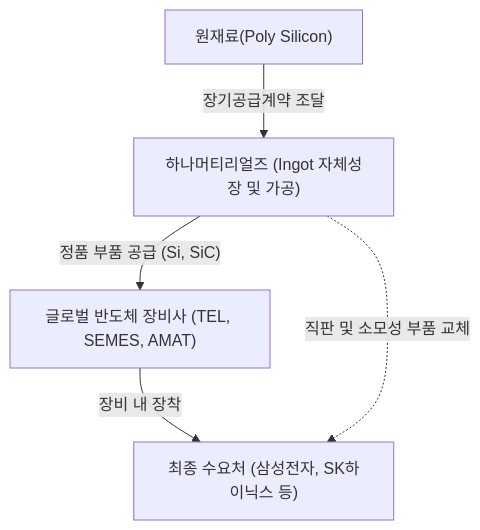
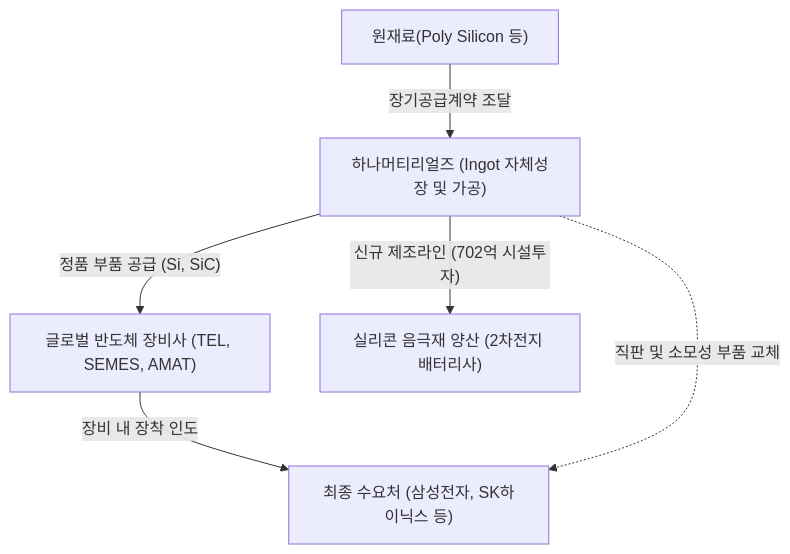
One commit to eve830521-cmd/my-skill changed the diagram in Stock_Research/하나머티리얼즈/3_Final_Reports/Phase1_Report.md. Above: the diagram before and after it, drawn with Mermaid. The commit also changed other lines of this file and 63 other files, not shown here.

````diff
--- a/Stock_Research/하나머티리얼즈/3_Final_Reports/Phase1_Report.md
+++ b/Stock_Research/하나머티리얼즈/3_Final_Reports/Phase1_Report.md
@@ -11,7 +12,8 @@
 ```mermaid
 graph TD
-    A["원재료(Poly Silicon)"] -->|"장기공급계약 조달"| B["하나머티리얼즈 (Ingot 자체성장 및 가공)"]
+    A["원재료(Poly Silicon 등)"] -->|"장기공급계약 조달"| B["하나머티리얼즈 (Ingot 자체성장 및 가공)"]
     B -->|"정품 부품 공급 (Si, SiC)"| C["글로벌 반도체 장비사 (TEL, SEMES, AMAT)"]
-    C -->|"장비 내 장착"| D["최종 수요처 (삼성전자, SK하이닉스 등)"]
+    C -->|"장비 내 장착 인도"| D["최종 수요처 (삼성전자, SK하이닉스 등)"]
     B -. "직판 및 소모성 부품 교체" .-> D
+    B -->|"신규 제조라인 (702억 시설투자)"| E["실리콘 음극재 양산 (2차전지 배터리사)"]
 ```
````
